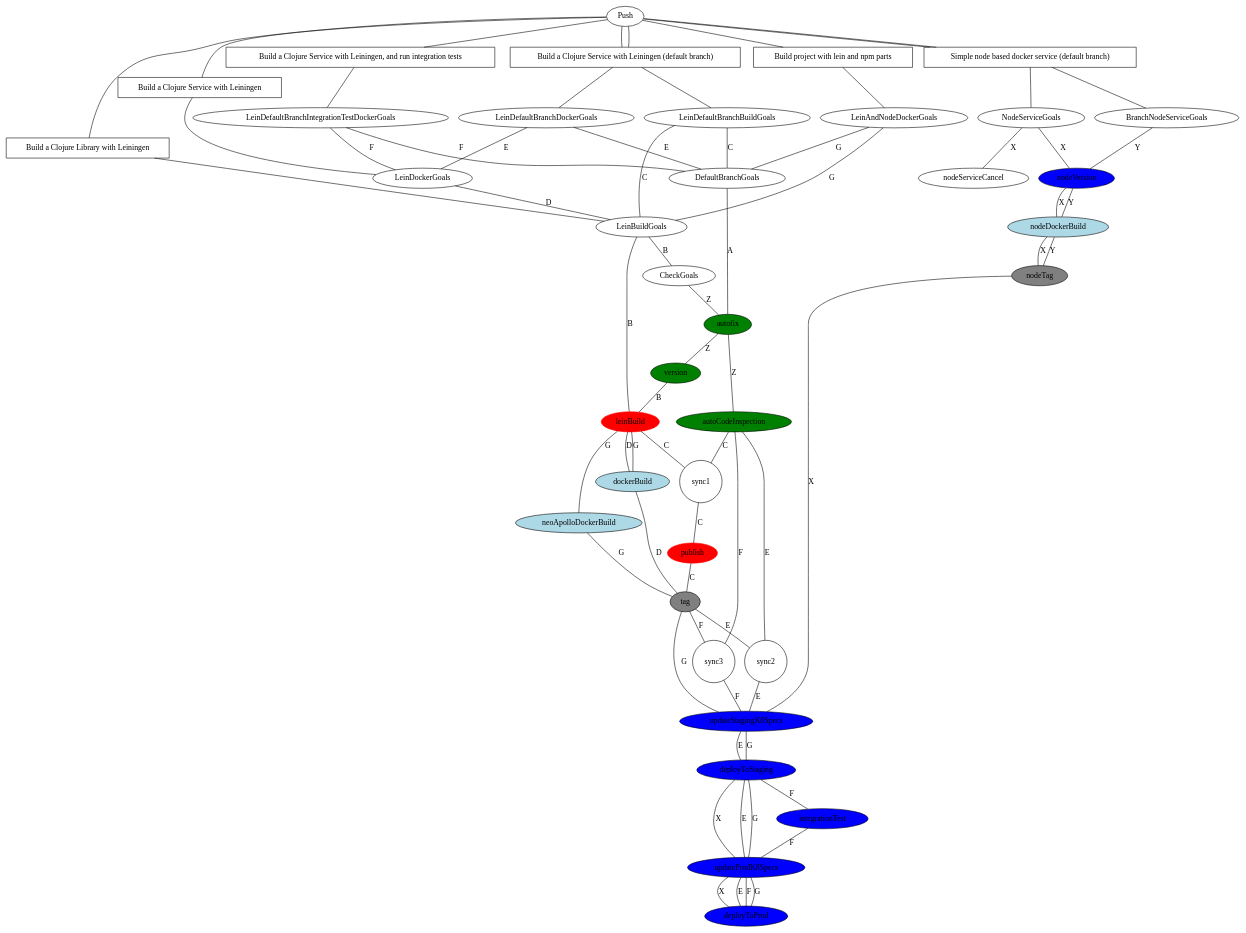
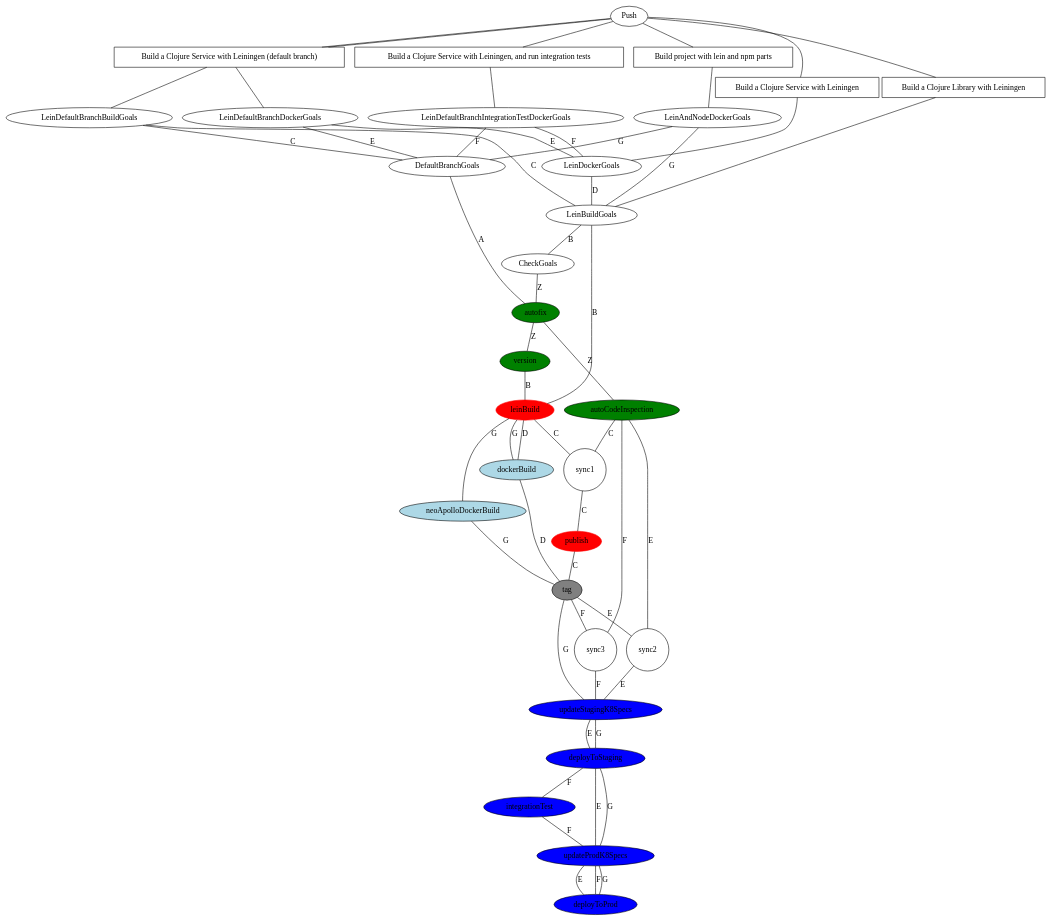
Before and after one commit to atomist-attic/atomist-internal-sdm: the diagram in goals.dot, drawn with Graphviz. The commit also changed 3 other files, not shown here.

```diff
--- a/goals.dot
+++ b/goals.dot
@@ -1,104 +1,85 @@
 graph {
 
     leinBuild [color=red,style=filled]
     publish [color=red,style=filled]
     version [fillcolor="green", style="filled"]
     autofix [fillcolor="green", style="filled"]
     autoCodeInspection [fillcolor=green,style=filled]
     tag [fillcolor=grey,style=filled]
-    nodeTag [fillcolor=grey,style=filled]
 
-    nodeVersion [fillcolor=blue,style=filled]
     updateStagingK8Specs [fillcolor=blue,style=filled]
     deployToStaging [fillcolor=blue,style=filled]
     integrationTest [fillcolor=blue,style=filled]
     updateProdK8Specs [fillcolor=blue,style=filled]
     deployToProd [fillcolor=blue,style=filled]
     
     dockerBuild [fillcolor=lightblue,style=filled]
-    nodeDockerBuild [fillcolor=lightblue,style=filled]
     neoApolloDockerBuild [fillcolor=lightblue,style=filled]
 
     Push -- "Build project with lein and npm parts"
     Push -- "Build a Clojure Service with Leiningen (default branch)"
     Push -- "Build a Clojure Service with Leiningen, and run integration tests"
     Push -- "Build a Clojure Service with Leiningen"
     Push -- "Build a Clojure Service with Leiningen (default branch)"
     Push -- "Build a Clojure Library with Leiningen"
-    Push -- "Simple node based docker service (default branch)"
-    Push -- "Simple node based docker service (default branch)"
 
     "Build project with lein and npm parts" [shape = "rect"]
     "Build a Clojure Service with Leiningen (default branch)" [shape = "rect"]
     "Build a Clojure Service with Leiningen, and run integration tests" [shape = "rect"]
     "Build a Clojure Service with Leiningen" [shape = "rect"]
     "Build a Clojure Service with Leiningen (default branch)" [shape = "rect"]
     "Build a Clojure Library with Leiningen" [shape = "rect"]
-    "Simple node based docker service (default branch)" [shape = "rect"]
-    "Simple node based docker service (default branch)" [shape = "rect"]
 
     "Build project with lein and npm parts" -- LeinAndNodeDockerGoals
     "Build a Clojure Service with Leiningen (default branch)" -- LeinDefaultBranchDockerGoals
     "Build a Clojure Service with Leiningen, and run integration tests" -- LeinDefaultBranchIntegrationTestDockerGoals
     "Build a Clojure Service with Leiningen" -- LeinDockerGoals
     "Build a Clojure Service with Leiningen (default branch)" -- LeinDefaultBranchBuildGoals
     "Build a Clojure Library with Leiningen" -- LeinBuildGoals
-    "Simple node based docker service (default branch)" -- NodeServiceGoals
-    "Simple node based docker service (default branch)" -- BranchNodeServiceGoals
 
-    NodeServiceGoals -- nodeVersion [label="X"]
-    NodeServiceGoals -- nodeServiceCancel [label="X"]
-    nodeVersion -- nodeDockerBuild [label="X"]
-    nodeDockerBuild -- nodeTag [label="X"]
-    nodeTag -- updateStagingK8Specs [label="X"]
-    deployToStaging -- updateProdK8Specs [label="X"]
-    updateProdK8Specs -- deployToProd [label="X"]
-    BranchNodeServiceGoals -- nodeVersion [label="Y"]
-    nodeVersion -- nodeDockerBuild [label="Y"]
-    nodeDockerBuild -- nodeTag [label="Y"]
     CheckGoals -- autofix [label="Z"]
     autofix -- version [label="Z"]
     autofix -- autoCodeInspection [label="Z"]
     DefaultBranchGoals -- autofix [label="A"]
     LeinBuildGoals -- CheckGoals [label="B"]
     LeinBuildGoals -- leinBuild [label="B"]
     version -- leinBuild [label="B"]
     LeinDefaultBranchBuildGoals -- DefaultBranchGoals [label="C"]
     LeinDefaultBranchBuildGoals -- LeinBuildGoals [label="C"]
     leinBuild -- sync1 [label="C"]
     autoCodeInspection -- sync1 [label="C"]
     sync1 -- publish [label="C"]
     publish -- tag [label="C"]
     LeinDockerGoals -- LeinBuildGoals [label="D"]
     leinBuild -- dockerBuild [label="D"]
     dockerBuild -- tag [label="D"]
     LeinDefaultBranchDockerGoals -- DefaultBranchGoals [label="E"]
     LeinDefaultBranchDockerGoals -- LeinDockerGoals [label="E"]
     tag -- sync2 [label="E"]
     autoCodeInspection -- sync2 [label="E"]
     sync2 -- updateStagingK8Specs [label="E"]
     updateStagingK8Specs -- deployToStaging [label="E"]
     deployToStaging -- updateProdK8Specs [label="E"]
     updateProdK8Specs -- deployToProd [label="E"]
     LeinDefaultBranchIntegrationTestDockerGoals -- DefaultBranchGoals [label="F"]
     LeinDefaultBranchIntegrationTestDockerGoals -- LeinDockerGoals [label="F"]
     tag -- sync3 [label="F"]
     autoCodeInspection -- sync3 [label="F"]
     sync3 -- updateStagingK8Specs [label="F"]
     deployToStaging -- integrationTest [label="F"]
     integrationTest -- updateProdK8Specs [label="F"]
     updateProdK8Specs -- deployToProd [label="F"]
     LeinAndNodeDockerGoals -- LeinBuildGoals [label="G"]
     LeinAndNodeDockerGoals -- DefaultBranchGoals [label="G"]
     leinBuild -- neoApolloDockerBuild [label="G"]
     leinBuild -- dockerBuild [label="G"]
     neoApolloDockerBuild -- tag [label="G"]
     tag -- updateStagingK8Specs [label="G"]
     updateStagingK8Specs -- deployToStaging [label="G"]
     deployToStaging -- updateProdK8Specs [label="G"]
     updateProdK8Specs -- deployToProd [label="G"]
 
     sync1 [shape=circle]
     sync2 [shape=circle]
     sync3 [shape=circle]
 }
```
